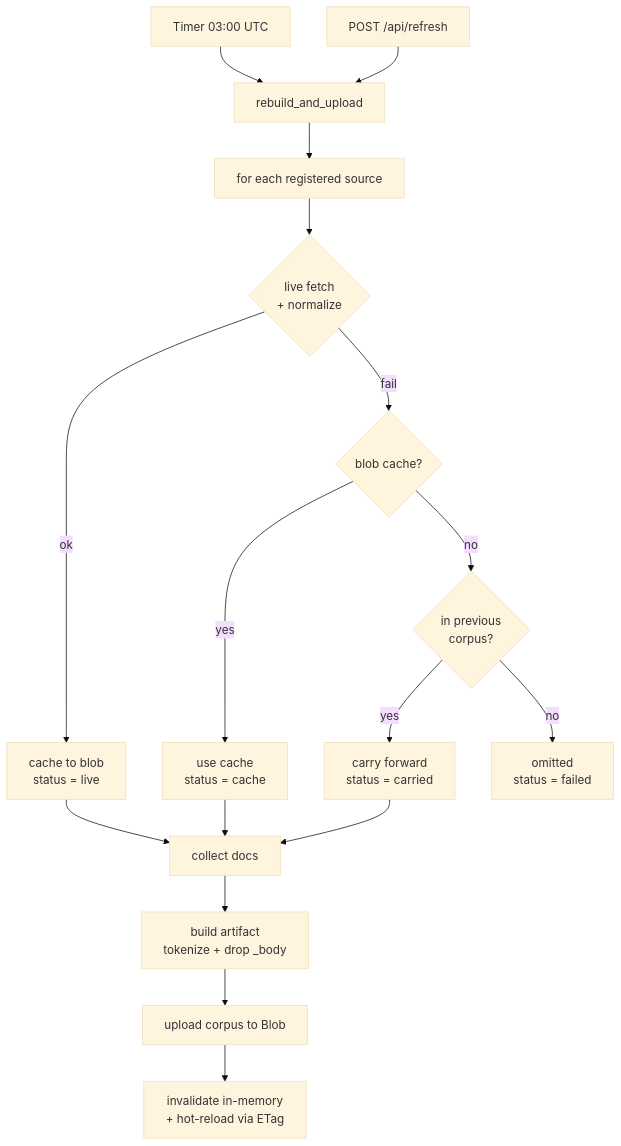
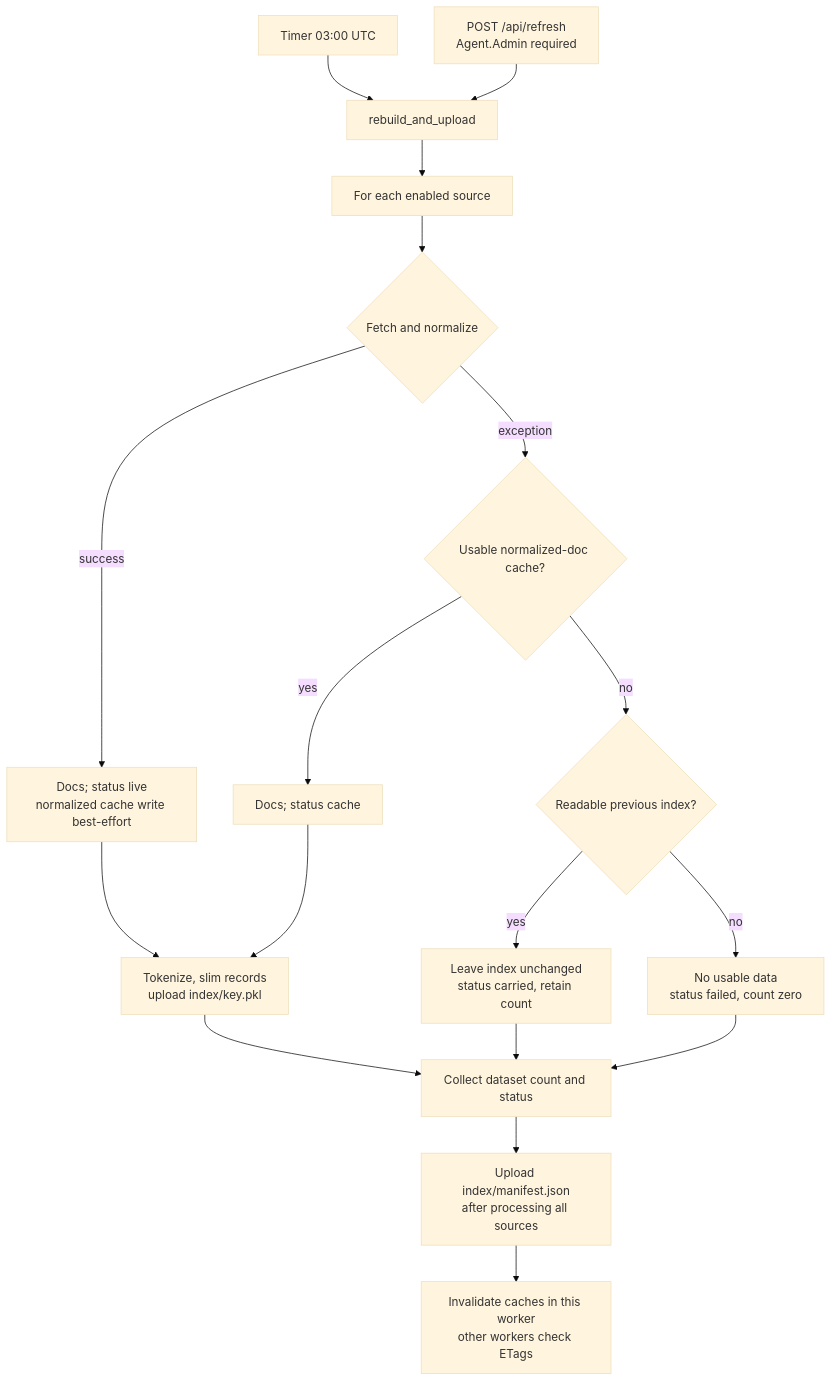
The fourth of 5 diagrams in docs/architecture.md (SteveCInVA/AllofUs-Agent), drawn with Mermaid (base theme) before and after one commit. The commit also changed other lines of this file and 16 other files, not shown here.

````diff
--- a/docs/architecture.md
+++ b/docs/architecture.md
@@ -124,22 +124,20 @@
 ```mermaid
 flowchart TB
     T["Timer 03:00 UTC"] --> RB["rebuild_and_upload"]
-    H["POST /api/refresh"] --> RB
-    RB --> LOOP["for each registered source"]
-
-    LOOP --> F{"live fetch<br/>+ normalize"}
-    F -- "ok" --> C1["cache to blob<br/>status = live"]
-    F -- "fail" --> CACHE{"blob cache?"}
-    CACHE -- "yes" --> C2["use cache<br/>status = cache"]
-    CACHE -- "no" --> CARRY{"in previous<br/>corpus?"}
-    CARRY -- "yes" --> C3["carry forward<br/>status = carried"]
-    CARRY -- "no" --> C4["omitted<br/>status = failed"]
-
-    C1 --> AGG["collect docs"]
-    C2 --> AGG
-    C3 --> AGG
-
-    AGG --> BUILD["build artifact<br/>tokenize + drop _body"]
-    BUILD --> UP["upload corpus to Blob"]
-    UP --> INV["invalidate in-memory<br/>+ hot-reload via ETag"]
+    H["POST /api/refresh<br/>Agent.Admin required"] --> RB
+    RB --> LOOP["For each enabled source"]
+    LOOP --> LIVE{"Fetch and normalize"}
+    LIVE -- "success" --> DOCS["Docs; status live<br/>normalized cache write best-effort"]
+    LIVE -- "exception" --> CACHE{"Usable normalized-doc cache?"}
+    CACHE -- "yes" --> CACHED["Docs; status cache"]
+    CACHE -- "no" --> PREV{"Readable previous index?"}
+    PREV -- "yes" --> CARRY["Leave index unchanged<br/>status carried, retain count"]
+    PREV -- "no" --> FAIL["No usable data<br/>status failed, count zero"]
+    DOCS --> BUILD["Tokenize, slim records<br/>upload index/key.pkl"]
+    CACHED --> BUILD
+    BUILD --> REPORT["Collect dataset count and status"]
+    CARRY --> REPORT
+    FAIL --> REPORT
+    REPORT --> MAN["Upload index/manifest.json<br/>after processing all sources"]
+    MAN --> INV["Invalidate caches in this worker<br/>other workers check ETags"]
 ```
````
